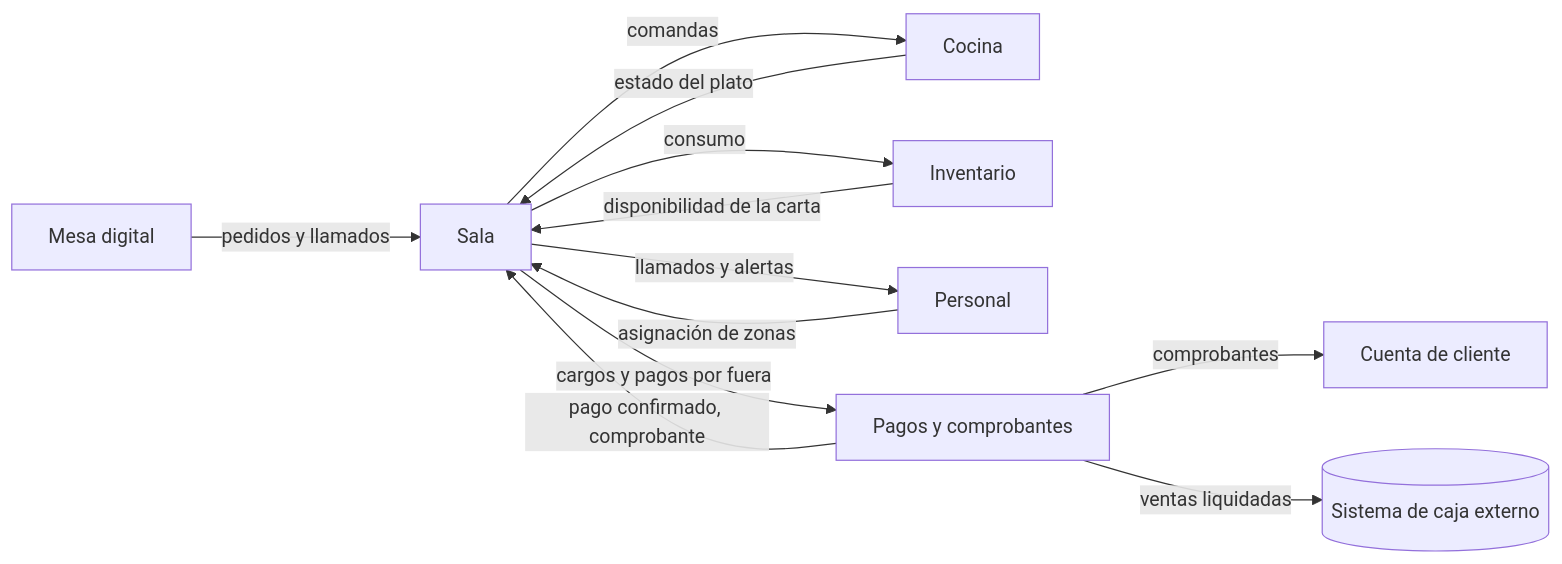
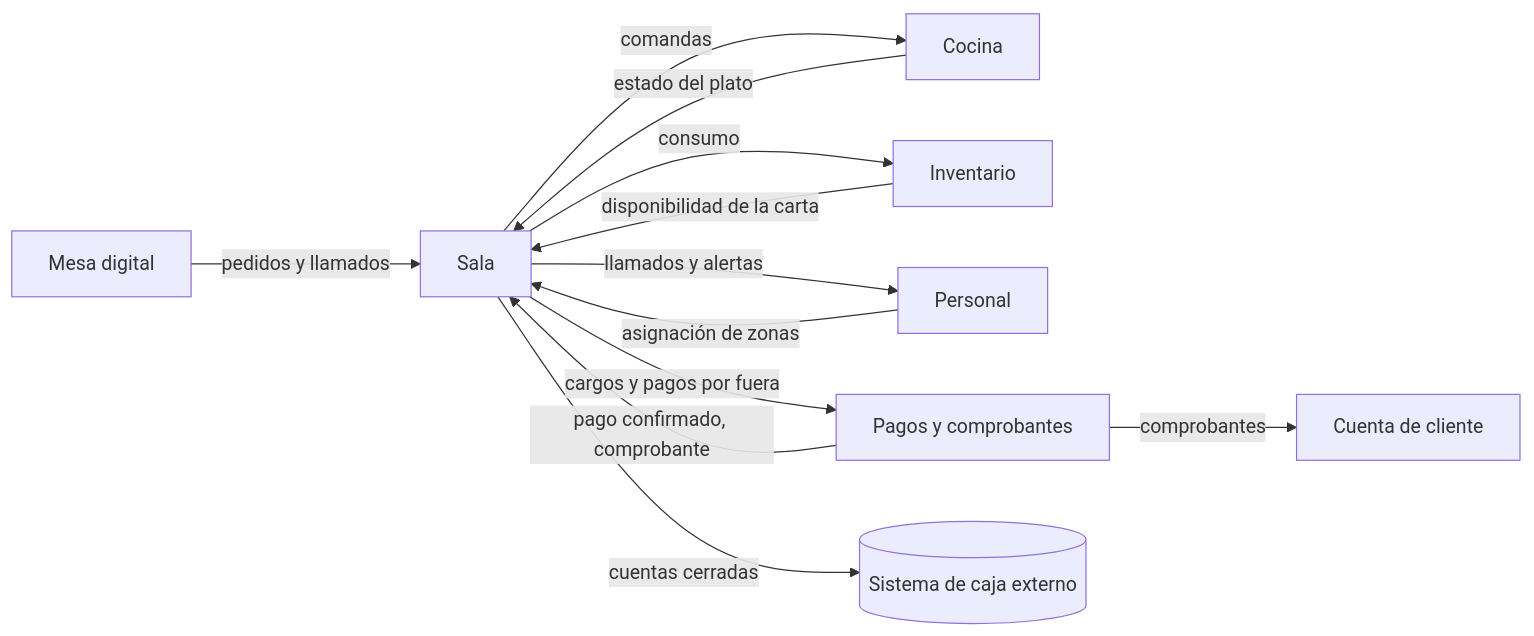
The second of 2 diagrams in docs/modulos/README.md (milkmantree/hungria), drawn with Mermaid before and after one commit. The commit also changed other lines of this file and 5 other files, not shown here.

````diff
--- a/docs/modulos/README.md
+++ b/docs/modulos/README.md
@@ -47,14 +47,14 @@
 ```mermaid
 flowchart LR
     S[Sala] -->|comandas| CO[Cocina]
     CO -->|estado del plato| S
     MD[Mesa digital] -->|pedidos y llamados| S
     S -->|consumo| IN[Inventario]
     IN -->|disponibilidad de la carta| S
     PE[Personal] -->|asignación de zonas| S
     S -->|llamados y alertas| PE
     S -->|cargos y pagos por fuera| PA[Pagos y comprobantes]
     PA -->|pago confirmado, comprobante| S
     PA -->|comprobantes| CC[Cuenta de cliente]
-    PA -->|ventas liquidadas| CJ[(Sistema de caja externo)]
+    S -->|cuentas cerradas| CJ[(Sistema de caja externo)]
 ```
````
